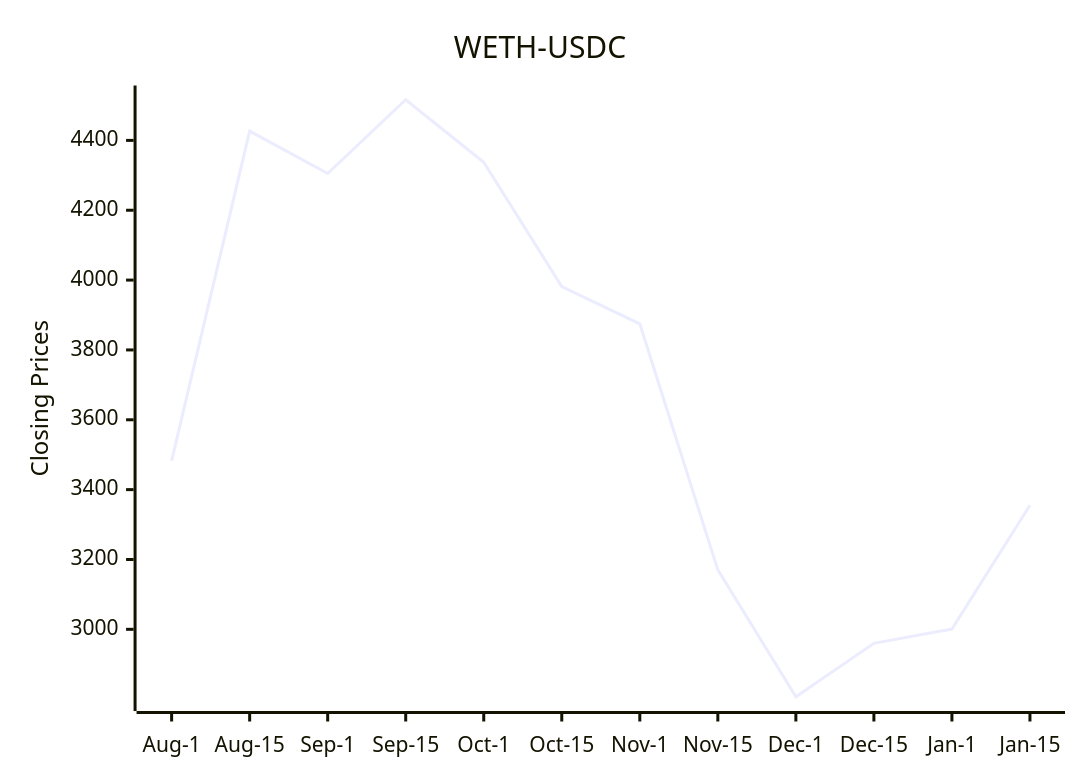
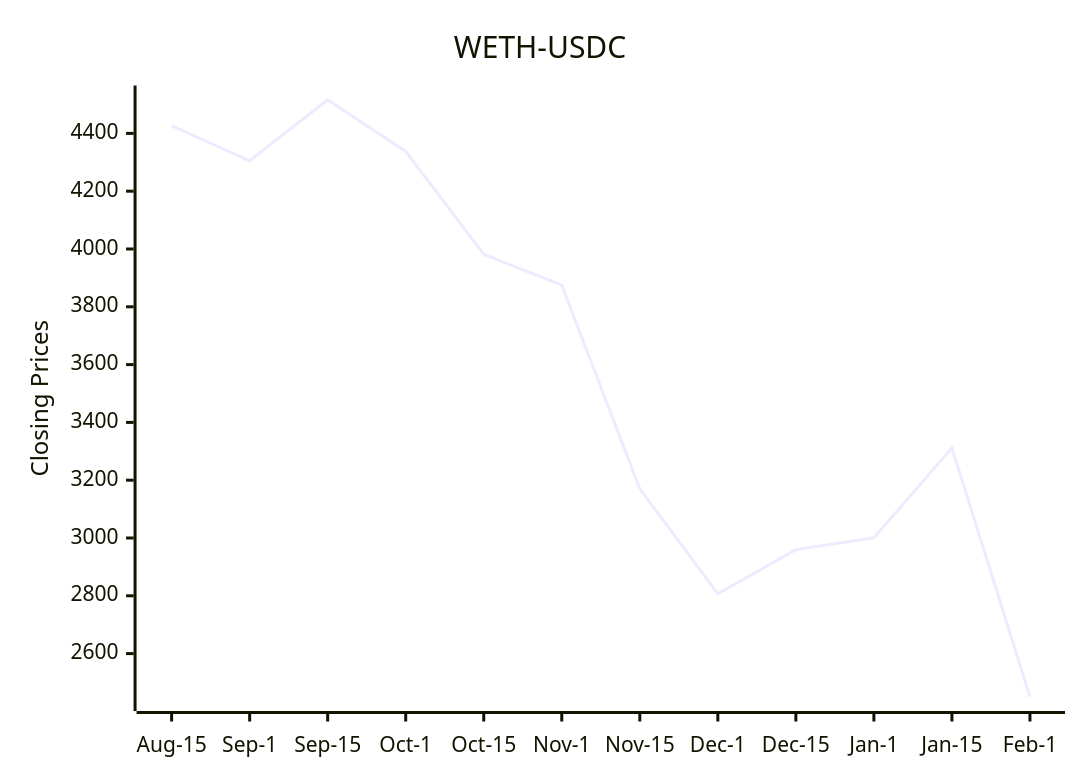
One commit to bicced/ReadmeCryptoPriceChart changed the diagram in README.md. Above: the diagram before and after it, drawn with Mermaid.

Commit message:
Update README with latest DEX data

````diff
--- a/README.md
+++ b/README.md
@@ -6,7 +6,7 @@
 ```mermaid
 xychart-beta
   title "WETH-USDC"
-  x-axis [Aug-1,Aug-15,Sep-1,Sep-15,Oct-1,Oct-15,Nov-1,Nov-15,Dec-1,Dec-15,Jan-1,Jan-15]
-  y-axis "Closing Prices" 2806.91719695467 --> 4516.39403113754
-  line [3482.42836863059,4426.73412630884,4305.29196667193,4516.39403113754,4337.4165948864,3981.40087035479,3874.8082284479,3170.25621083736,2806.91719695467,2959.74010356289,3000.67820680034,3355.15373017464]
+  x-axis [Aug-15,Sep-1,Sep-15,Oct-1,Oct-15,Nov-1,Nov-15,Dec-1,Dec-15,Jan-1,Jan-15,Feb-1]
+  y-axis "Closing Prices" 2450.67862496975 --> 4516.39403113754
+  line [4426.73412630884,4305.29196667193,4516.39403113754,4337.4165948864,3981.40087035479,3874.8082284479,3170.25621083736,2806.91719695467,2959.74010356289,3000.67820680034,3311.65440575894,2450.67862496975]
 ```
````
